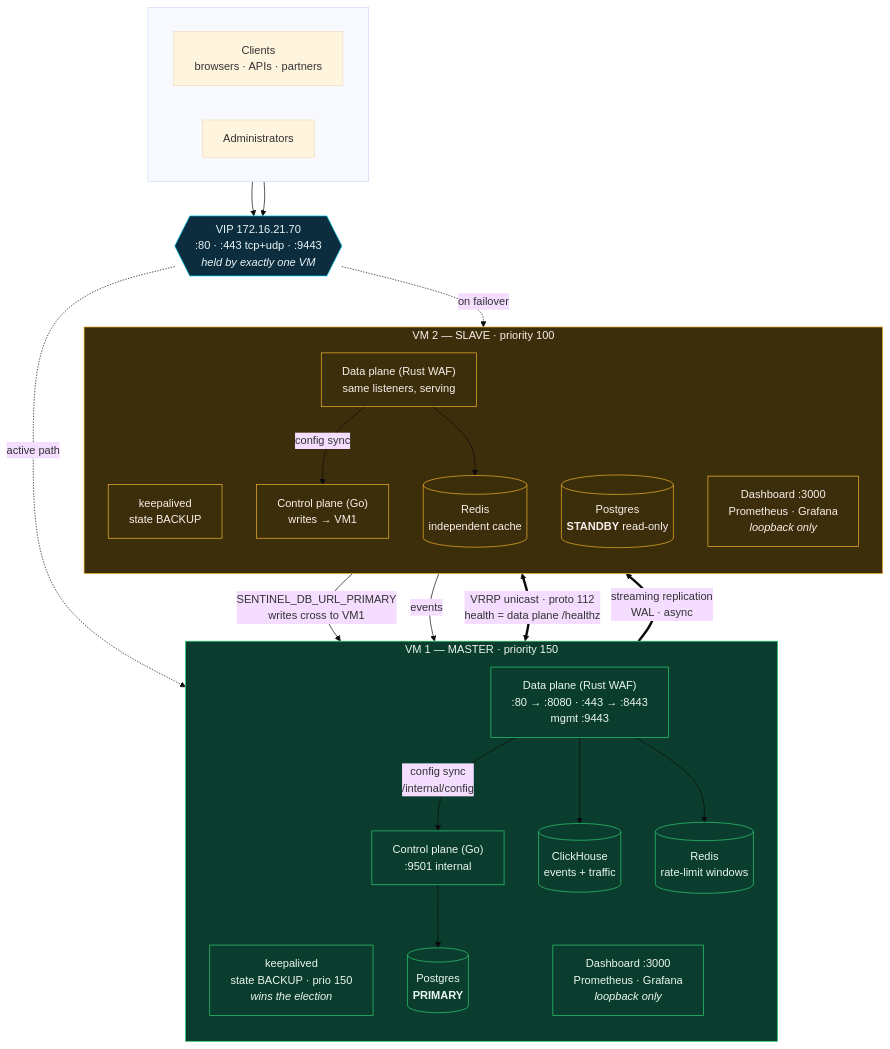
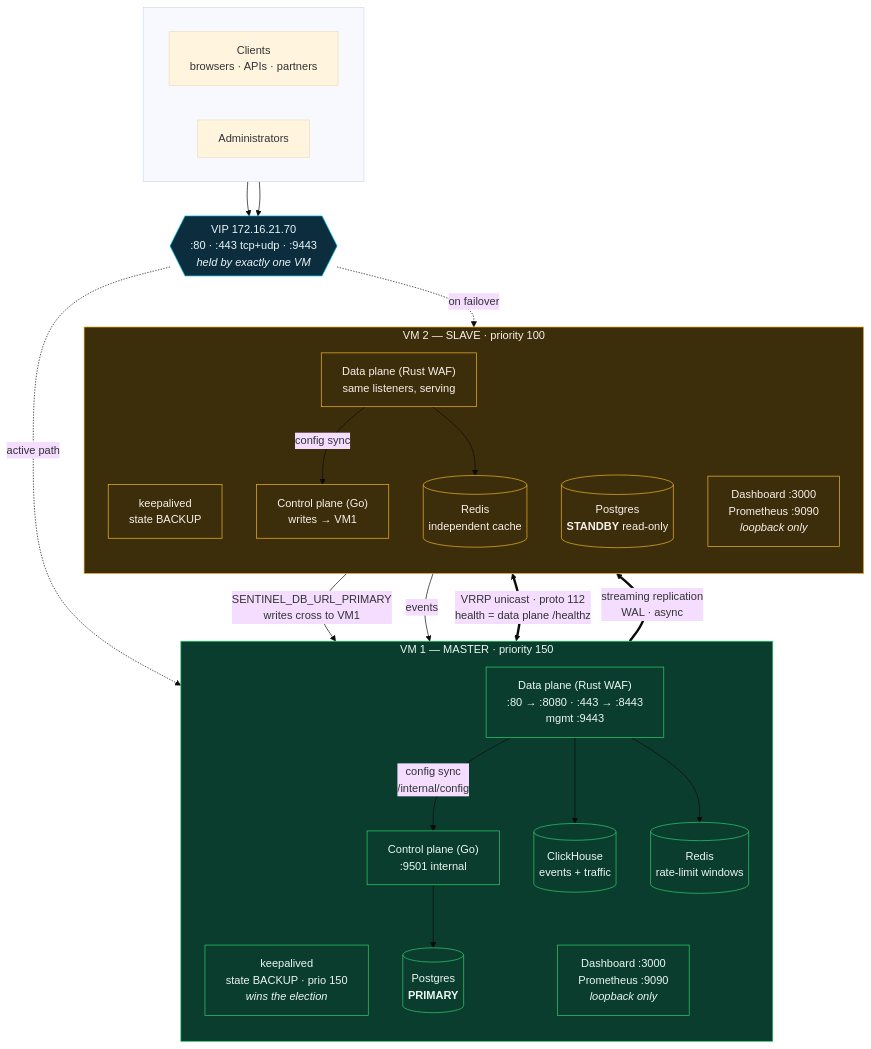
The diagram in deploy/2vm/README.md (Ayushsinha322/next-gen-waf), drawn with Mermaid (base theme) before and after one commit. The commit also changed other lines of this file and 11 other files, not shown here.

````diff
--- a/deploy/2vm/README.md
+++ b/deploy/2vm/README.md
@@ -32,56 +32,56 @@
 ```mermaid
 flowchart TB
     subgraph CLIENTS[" "]
         direction LR
         U["Clients<br/>browsers · APIs · partners"]
         A["Administrators"]
     end
 
     VIP{{"VIP 172.16.21.70<br/>:80 · :443 tcp+udp · :9443<br/><i>held by exactly one VM</i>"}}
 
     U --> VIP
     A --> VIP
 
     subgraph VM1["VM 1 — MASTER · priority 150"]
         direction TB
         K1["keepalived<br/>state BACKUP · prio 150<br/><i>wins the election</i>"]
         DP1["Data plane (Rust WAF)<br/>:80 → :8080 · :443 → :8443<br/>mgmt :9443"]
         CP1["Control plane (Go)<br/>:9501 internal"]
         DB1[("Postgres<br/><b>PRIMARY</b>")]
         CH1[("ClickHouse<br/>events + traffic")]
         RD1[("Redis<br/>rate-limit windows")]
-        OB1["Dashboard :3000<br/>Prometheus · Grafana<br/><i>loopback only</i>"]
+        OB1["Dashboard :3000<br/>Prometheus :9090<br/><i>loopback only</i>"]
     end
 
     subgraph VM2["VM 2 — SLAVE · priority 100"]
         direction TB
         K2["keepalived<br/>state BACKUP"]
         DP2["Data plane (Rust WAF)<br/>same listeners, serving"]
         CP2["Control plane (Go)<br/>writes → VM1"]
         DB2[("Postgres<br/><b>STANDBY</b> read-only")]
         RD2[("Redis<br/>independent cache")]
-        OB2["Dashboard :3000<br/>Prometheus · Grafana<br/><i>loopback only</i>"]
+        OB2["Dashboard :3000<br/>Prometheus :9090<br/><i>loopback only</i>"]
     end
 
     VIP -.->|"active path"| DP1
     VIP -.->|"on failover"| DP2
 
     K1 <==>|"VRRP unicast · proto 112<br/>health = data plane /healthz"| K2
 
     DP1 -->|"config sync<br/>/internal/config"| CP1
     DP2 -->|"config sync"| CP2
     CP1 --> DB1
     CP2 -->|"SENTINEL_DB_URL_PRIMARY<br/>writes cross to VM1"| DB1
     DB1 ==>|"streaming replication<br/>WAL · async"| DB2
     DP1 --> CH1
     DP2 -->|"events"| CH1
     DP1 --> RD1
     DP2 --> RD2
 
     classDef master fill:#0b3d2e,stroke:#2ecc71,color:#eaf7f0
     classDef slave  fill:#3d2e0b,stroke:#f0b429,color:#f7f0ea
     classDef vip    fill:#0b2d3d,stroke:#00c8f0,color:#eaf4f7
     class VM1,K1,DP1,CP1,DB1,CH1,RD1,OB1 master
     class VM2,K2,DP2,CP2,DB2,RD2,OB2 slave
     class VIP vip
 ```
````
